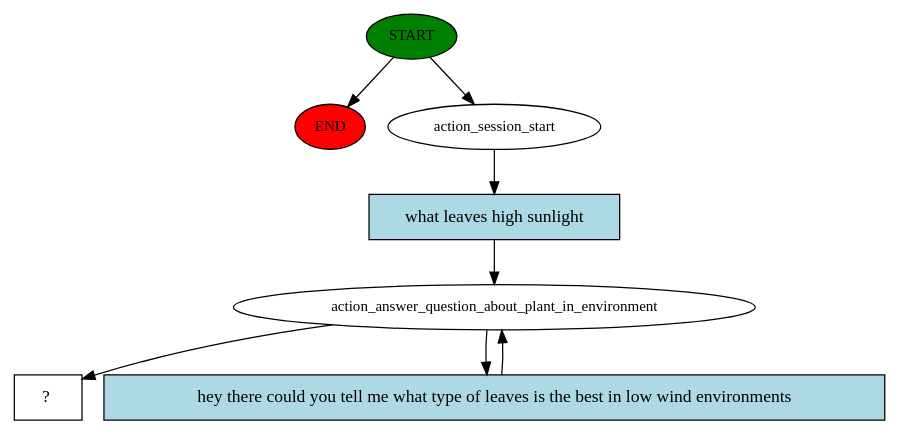
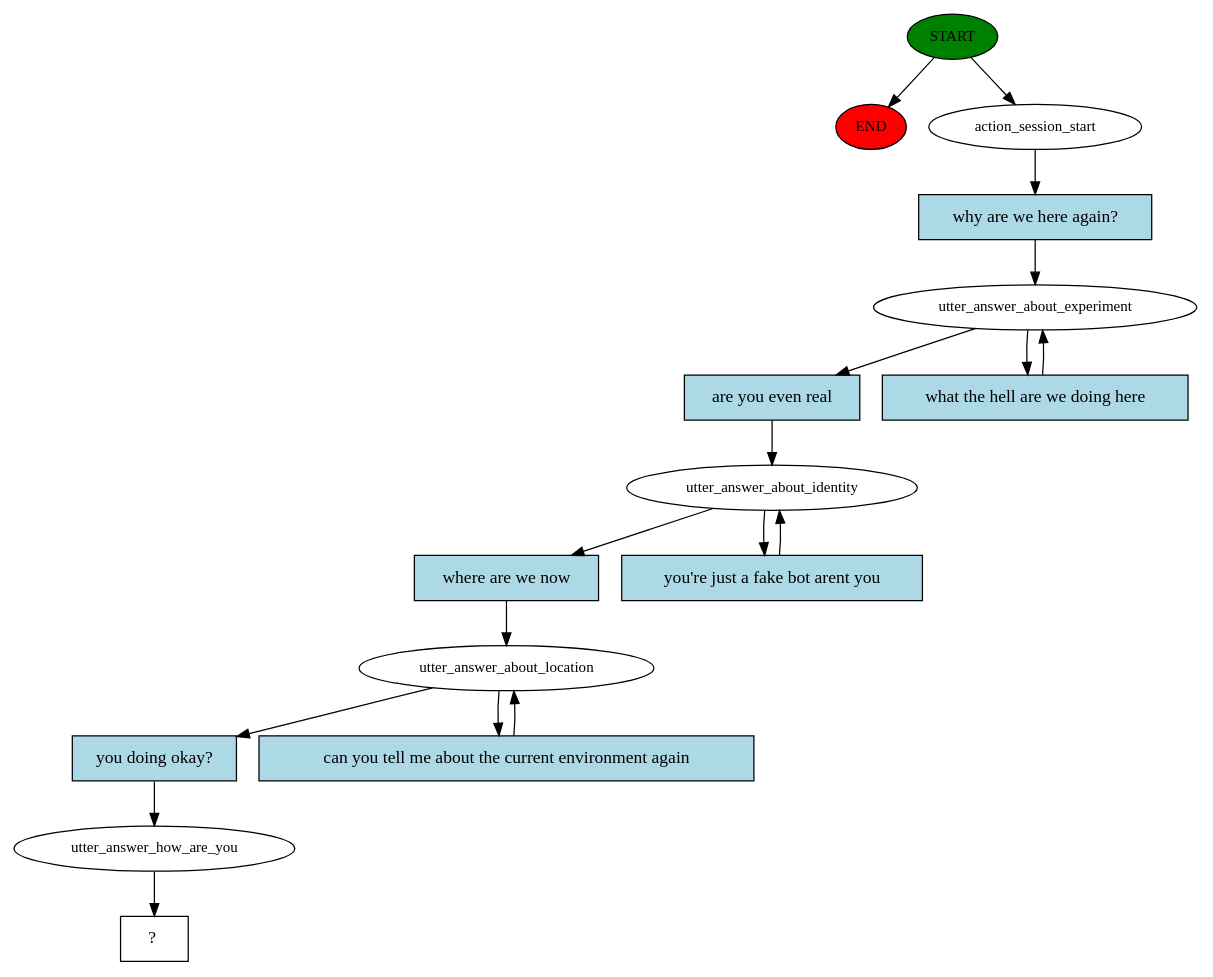
One commit to gozlen/virtual-assistant changed the diagram in story_graph.dot. Above: the diagram before and after it, drawn with Graphviz. The commit also changed 6 other files, not shown here.

Commit message:
added a couple of questions about the experiment

```diff
--- a/story_graph.dot
+++ b/story_graph.dot
@@ -1,16 +1,34 @@
 digraph  {
 0 [class="start active", fillcolor=green, fontsize=12, label=START, style=filled];
 "-1" [class=end, fillcolor=red, fontsize=12, label=END, style=filled];
 1 [class=active, fontsize=12, label=action_session_start];
-2 [class=active, fontsize=12, label=action_answer_question_about_plant_in_environment];
-5 [class="intent dashed active", label="  ?  ", shape=rect];
-6 [class="intent active", fillcolor=lightblue, label="what leaves high sunlight", shape=rect, style=filled];
-7 [class="intent active", fillcolor=lightblue, label="hey there could you tell me what type of leaves is the best in low wind environments", shape=rect, style=filled];
+2 [class=active, fontsize=12, label=utter_answer_about_experiment];
+4 [class=active, fontsize=12, label=utter_answer_about_identity];
+6 [class=active, fontsize=12, label=utter_answer_about_location];
+8 [class=active, fontsize=12, label=utter_answer_how_are_you];
+9 [class="intent dashed active", label="  ?  ", shape=rect];
+10 [class="intent active", fillcolor=lightblue, label="why are we here again?", shape=rect, style=filled];
+11 [class="intent active", fillcolor=lightblue, label="are you even real", shape=rect, style=filled];
+12 [class="intent active", fillcolor=lightblue, label="what the hell are we doing here", shape=rect, style=filled];
+13 [class="intent active", fillcolor=lightblue, label="where are we now", shape=rect, style=filled];
+14 [class="intent active", fillcolor=lightblue, label="you're just a fake bot arent you", shape=rect, style=filled];
+15 [class="intent active", fillcolor=lightblue, label="you doing okay?", shape=rect, style=filled];
+16 [class="intent active", fillcolor=lightblue, label="can you tell me about the current environment again", shape=rect, style=filled];
 0 -> "-1"  [class="", key=NONE, label=""];
 0 -> 1  [class=active, key=NONE, label=""];
-1 -> 6  [class=active, key=0];
-2 -> 5  [class=active, key=NONE, label=""];
-2 -> 7  [class=active, key=0];
-6 -> 2  [class=active, key=0];
-7 -> 2  [class=active, key=0];
+1 -> 10  [class=active, key=0];
+2 -> 11  [class=active, key=0];
+2 -> 12  [class=active, key=0];
+4 -> 13  [class=active, key=0];
+4 -> 14  [class=active, key=0];
+6 -> 15  [class=active, key=0];
+6 -> 16  [class=active, key=0];
+8 -> 9  [class=active, key=NONE, label=""];
+10 -> 2  [class=active, key=0];
+11 -> 4  [class=active, key=0];
+12 -> 2  [class=active, key=0];
+13 -> 6  [class=active, key=0];
+14 -> 4  [class=active, key=0];
+15 -> 8  [class=active, key=0];
+16 -> 6  [class=active, key=0];
 }
```
